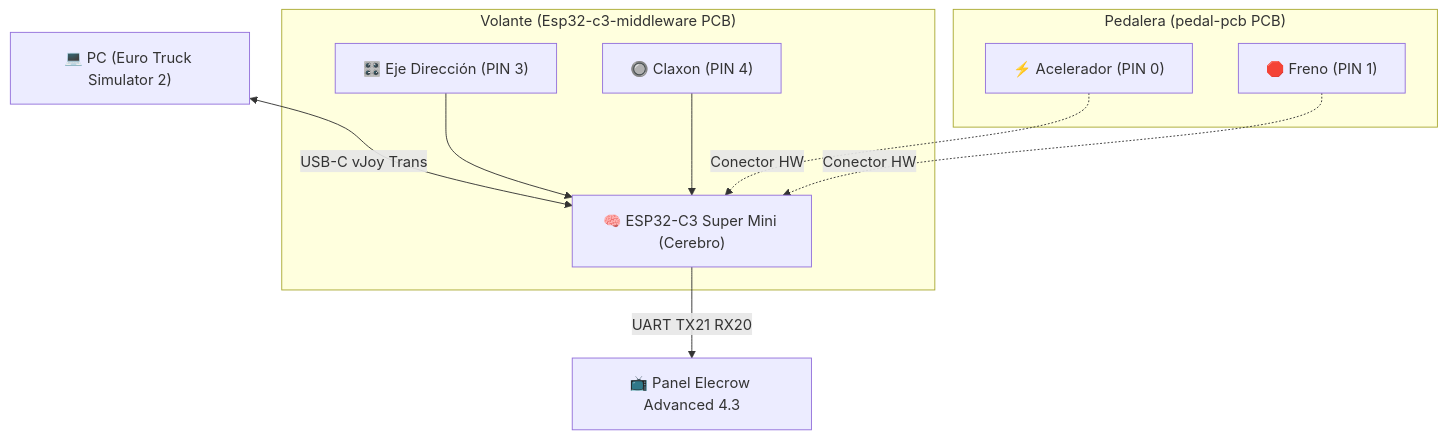
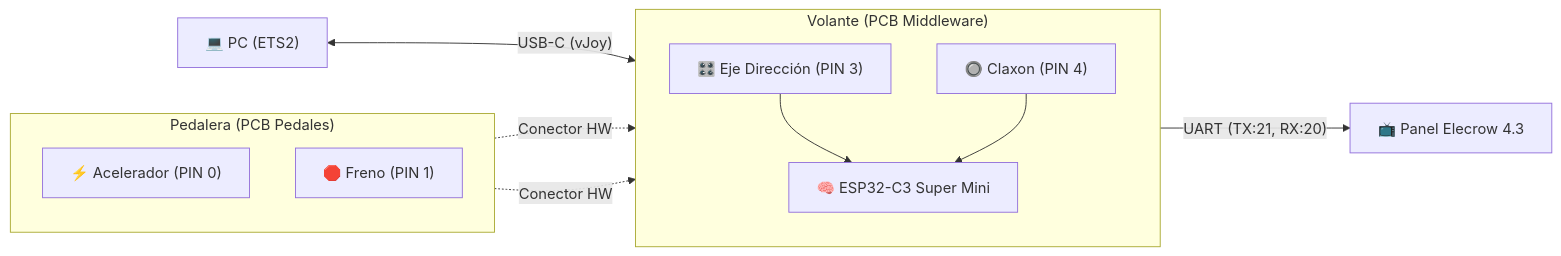
The diagram in 2026-03-01-ESP32-Steering-Wheel/README.md (JefeNacho/youtube-projects), drawn with Mermaid before and after one commit.

Commit message:
style: cambia orientacion del diagrama mermaid a LR

````diff
--- a/2026-03-01-ESP32-Steering-Wheel/README.md
+++ b/2026-03-01-ESP32-Steering-Wheel/README.md
@@ -23,16 +23,18 @@
 ```mermaid
-graph TD
-    PC["💻 PC (Euro Truck Simulator 2)"] <--> |USB-C vJoy Trans| ESP32["🧠 ESP32-C3 Super Mini (Cerebro)"]
+graph LR
+    PC["💻 PC (ETS2)"] <--> |"USB-C (vJoy)"| ESP32["🧠 ESP32-C3 Super Mini"]
 
-    ESP32 --> |UART TX21 RX20| Pantalla["📺 Panel Elecrow Advanced 4.3"]
+    ESP32 --> |"UART (TX:21, RX:20)"| Pantalla["📺 Panel Elecrow 4.3"]
 
-    subgraph Volante ["Volante (Esp32-c3-middleware PCB)"]
+    subgraph Volante ["Volante (PCB Middleware)"]
+        direction TB
         PIN_STEER["🎛️ Eje Dirección (PIN 3)"] --> ESP32
         PIN_HORN["🔘 Claxon (PIN 4)"] --> ESP32
     end
 
-    subgraph Pedalera ["Pedalera (pedal-pcb PCB)"]
-        PIN_GAS["⚡ Acelerador (PIN 0)"] -.-> |Conector HW| ESP32
-        PIN_BRAKE["🛑 Freno (PIN 1)"] -.-> |Conector HW| ESP32
+    subgraph Pedalera ["Pedalera (PCB Pedales)"]
+        direction TB
+        PIN_GAS["⚡ Acelerador (PIN 0)"] -.-> |"Conector HW"| ESP32
+        PIN_BRAKE["🛑 Freno (PIN 1)"] -.-> |"Conector HW"| ESP32
     end
 ```
````
